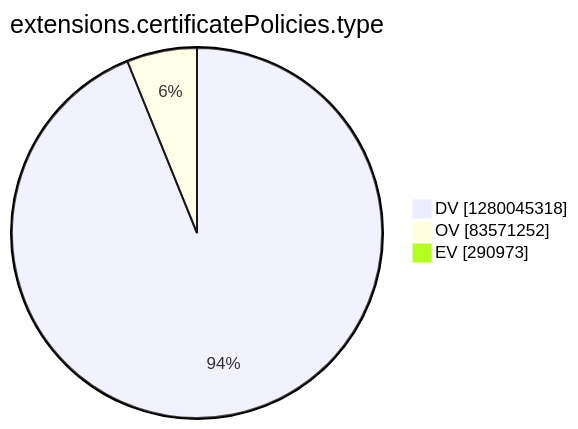
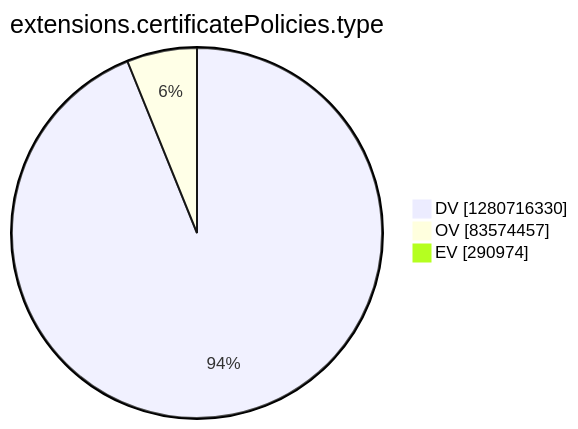
One commit to christiankrug/ctmonitor_visualization changed the tenth of 15 diagrams in argon2022/README.md. Above: the diagram before and after it, drawn with Mermaid. The commit also changed other lines of this file, not shown here.

````diff
--- a/argon2022/README.md
+++ b/argon2022/README.md
@@ -2771,7 +2771,7 @@
 ```mermaid
 pie showData
 title extensions.certificatePolicies.type
-"DV" :1280045318
-"OV" :83571252
-"EV" :290973
+"DV" :1280716330
+"OV" :83574457
+"EV" :290974
 ```
````
